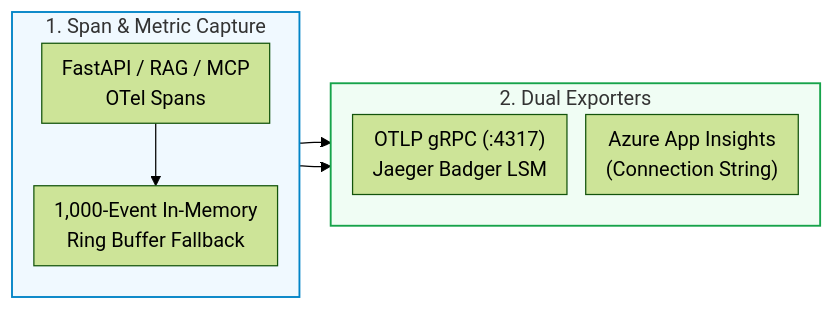
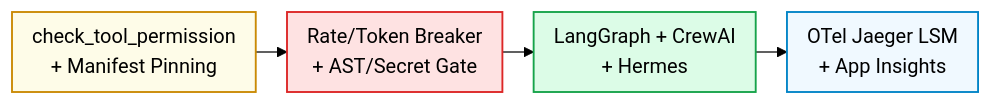
One commit to Kenono2000/enterprise-rag-pgvector-rbac changed the fifth of 6 diagrams in README.md. Above: the diagram before and after it, drawn with Mermaid (forest theme). The commit also changed other lines of this file, not shown here.

````diff
--- a/README.md
+++ b/README.md
@@ -291,17 +87,9 @@
 ```mermaid
 %%{init: {'flowchart': {'nodeSpacing': 15, 'rankSpacing': 25, 'padding': 8}}}%%
 flowchart LR
-    subgraph Trace ["1. Span &amp; Metric Capture"]
-        direction TB
-        App["FastAPI / RAG / MCP<br/>OTel Spans"] --> Ring["1,000-Event In-Memory<br/>Ring Buffer Fallback"]
-    end
-    subgraph Export ["2. Dual Exporters"]
-        direction TB
-        OTLP["OTLP gRPC (:4317)<br/>Jaeger Badger LSM"]
-        Azure["Azure App Insights<br/>(Connection String)"]
-    end
-    Trace --> OTLP
-    Trace --> Azure
-    style Trace fill:#f0f9ff,stroke:#0284c7,stroke-width:1.5px
-    style Export fill:#f0fdf4,stroke:#16a34a,stroke-width:1.5px
+    MCP["check_tool_permission<br/>+ Manifest Pinning"] --> Gate["Rate/Token Breaker<br/>+ AST/Secret Gate"] --> SDLC["LangGraph + CrewAI<br/>+ Hermes"] --> OTel["OTel Jaeger LSM<br/>+ App Insights"]
+    style MCP fill:#fefce8,stroke:#ca8a04,stroke-width:1.5px
+    style Gate fill:#fee2e2,stroke:#dc2626,stroke-width:1.5px
+    style SDLC fill:#dcfce7,stroke:#16a34a,stroke-width:1.5px
+    style OTel fill:#f0f9ff,stroke:#0284c7,stroke-width:1.5px
 ```
````
